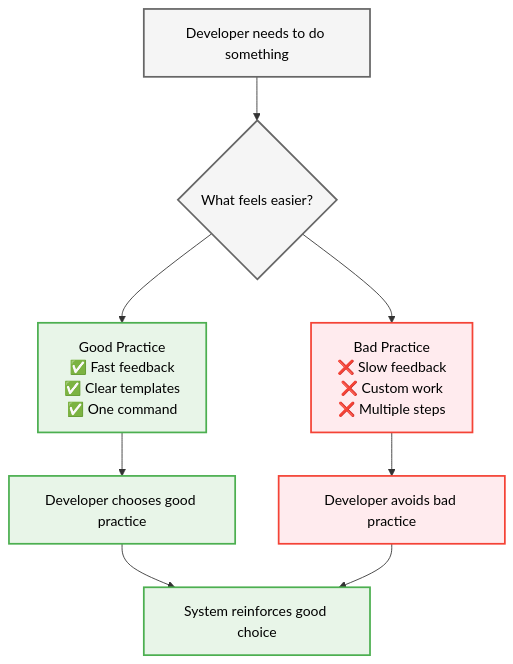
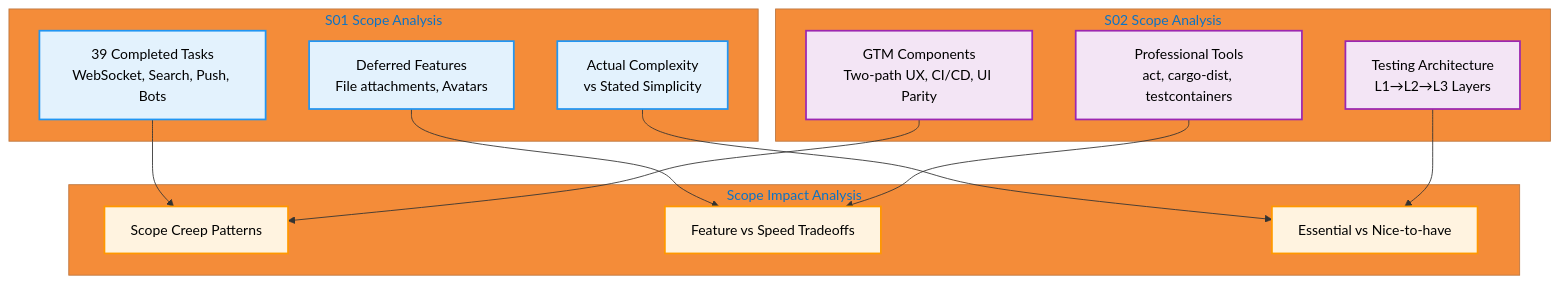
One commit to that-in-rust/campfire-on-rust changed the second of 4 diagrams in .kiro/specs/S03-reflect-learn-improve-sop/design.md. Above: the diagram before and after it, drawn with Mermaid. The commit also changed other lines of this file and 1 other file, not shown here.

````diff
--- a/.kiro/specs/S03-reflect-learn-improve-sop/design.md
+++ b/.kiro/specs/S03-reflect-learn-improve-sop/design.md
@@ -11,22 +79,37 @@
 ```mermaid
-%%{init: {'theme':'base', 'themeVariables': {'primaryColor':'#ff6b35','primaryTextColor':'#000000','primaryBorderColor':'#ff6b35','lineColor':'#333333','secondaryColor':'#f4f4f4','tertiaryColor':'#ffffff','background':'#ffffff','mainBkg':'#ff6b35','secondBkg':'#f8f9fa','tertiaryBkg':'#ffffff'}}}%%
+%%{init: {'theme':'base', 'themeVariables': {'primaryColor':'#2196f3','primaryTextColor':'#000000','primaryBorderColor':'#2196f3','lineColor':'#333333'}}}%%
 graph TD
-    A[Developer needs to do something] --> B{What feels easier?}
+    subgraph "S01 Scope Analysis"
+        S01_FEATURES[39 Completed Tasks<br/>WebSocket, Search, Push, Bots]
+        S01_EXCLUDED[Deferred Features<br/>File attachments, Avatars]
+        S01_COMPLEXITY[Actual Complexity<br/>vs Stated Simplicity]
+    end
     
-    B --> C[Good Practice<br/>✅ Fast feedback<br/>✅ Clear templates<br/>✅ One command]
-    B --> D[Bad Practice<br/>❌ Slow feedback<br/>❌ Custom work<br/>❌ Multiple steps]
+    subgraph "S02 Scope Analysis"
+        S02_GTM[GTM Components<br/>Two-path UX, CI/CD, UI Parity]
+        S02_TOOLS[Professional Tools<br/>act, cargo-dist, testcontainers]
+        S02_VALIDATION[Testing Architecture<br/>L1→L2→L3 Layers]
+    end
     
-    C --> E[Developer chooses good practice]
-    D --> F[Developer avoids bad practice]
+    subgraph "Scope Impact Analysis"
+        CREEP[Scope Creep Patterns]
+        TRADE[Feature vs Speed Tradeoffs]
+        ESSENTIAL[Essential vs Nice-to-have]
+    end
     
-    E --> G[System reinforces good choice]
-    F --> G
+    S01_FEATURES --> CREEP
+    S01_EXCLUDED --> TRADE
+    S01_COMPLEXITY --> ESSENTIAL
     
-    classDef good fill:#e8f5e8,stroke:#4caf50,stroke-width:2px,color:#000000
-    classDef bad fill:#ffebee,stroke:#f44336,stroke-width:2px,color:#000000
-    classDef neutral fill:#f5f5f5,stroke:#666666,stroke-width:2px,color:#000000
+    S02_GTM --> CREEP
+    S02_TOOLS --> TRADE
+    S02_VALIDATION --> ESSENTIAL
     
-    class C,E,G good
-    class D,F bad
-    class A,B neutral
+    classDef s01 fill:#e3f2fd,stroke:#2196f3,stroke-width:2px,color:#000000
+    classDef s02 fill:#f3e5f5,stroke:#9c27b0,stroke-width:2px,color:#000000
+    classDef analysis fill:#fff3e0,stroke:#ff9800,stroke-width:2px,color:#000000
+    
+    class S01_FEATURES,S01_EXCLUDED,S01_COMPLEXITY s01
+    class S02_GTM,S02_TOOLS,S02_VALIDATION s02
+    class CREEP,TRADE,ESSENTIAL analysis
 ```
````
